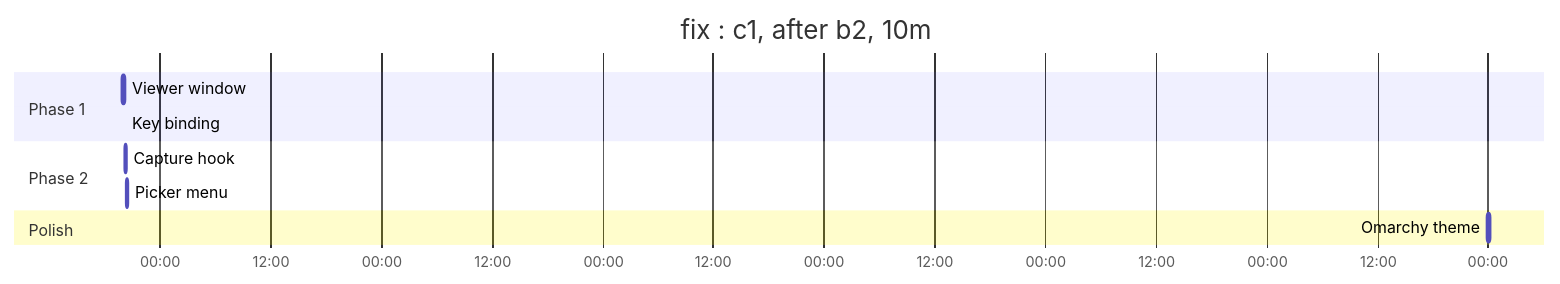
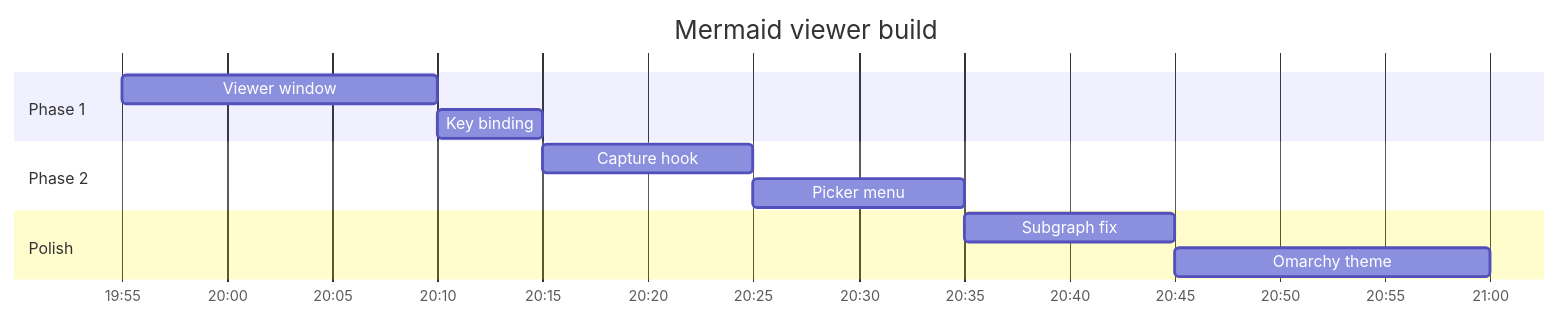
Before and after one commit to arffe/mermaid-view: the diagram in examples/06-gantt.mmd, drawn with Mermaid. The commit also changed 8 other files, not shown here.

```diff
--- a/examples/06-gantt.mmd
+++ b/examples/06-gantt.mmd
@@ -1,13 +1,13 @@
 gantt
   title Mermaid viewer build
   dateFormat YYYY-MM-DD HH:mm
   axisFormat %H:%M
   section Phase 1
   Viewer window : a1, 2026-10-26 19:55, 15m
   Key binding   : a2, after a1, 5m
   section Phase 2
   Capture hook  : b1, after a2, 10m
   Picker menu   : b2, after b1, 10m
   section Polish
-  Title fix     : c1, after b2, 10m
+  Subgraph fix  : c1, after b2, 10m
   Omarchy theme : c2, after c1, 15m
```
